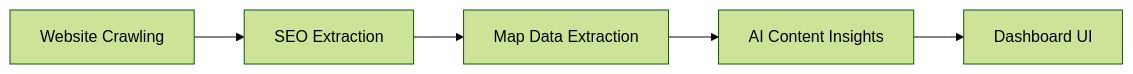
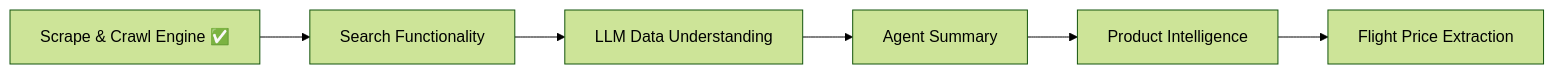
The diagram in README.md (jeevabca/new_imp), drawn with Mermaid (forest theme) before and after one commit. The commit also changed other lines of this file, not shown here.

````diff
--- a/README.md
+++ b/README.md
@@ -3,7 +30,8 @@
 ```mermaid
 flowchart LR
-    A[Website Crawling] --> B[SEO Extraction]
-    B --> C[Map Data Extraction]
-    C --> D[AI Content Insights]
-    D --> E[Dashboard UI]
+    A[Scrape & Crawl Engine ✅] --> B[Search Functionality]
+    B --> C[LLM Data Understanding]
+    C --> D[Agent Summary]
+    D --> E[Product Intelligence]
+    E --> F[Flight Price Extraction]
 ```
````
